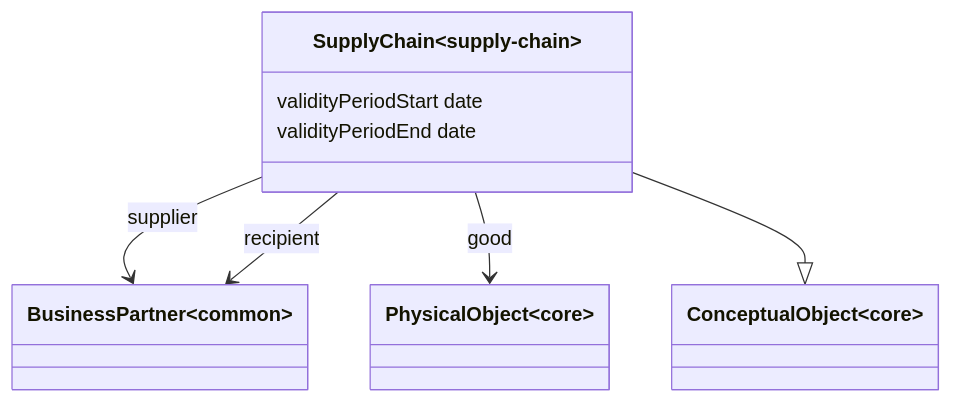
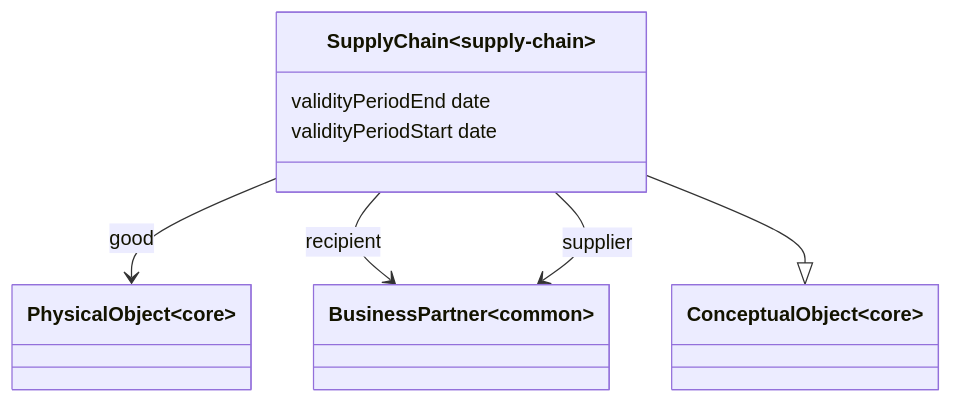
Before and after one commit to eclipse-tractusx/sldt-ontology-model: the diagram in docs/supply-chain_ontology.md, drawn with Mermaid. The commit also changed other lines of this file and 22 other files, not shown here.

````diff
--- a/docs/supply-chain_ontology.md
+++ b/docs/supply-chain_ontology.md
@@ -25,18 +25,18 @@
 ```mermaid
 classDiagram 
+   class BusinessPartner~common~{
+   } 
    class ConceptualObject~core~{
    } 
    class PhysicalObject~core~{
    } 
-   class BusinessPartner~common~{
+   class SupplyChain~supply-chain~{
+       validityPeriodEnd date
+       validityPeriodStart date
    } 
-   class SupplyChain~supply-chain~{
-       validityPeriodStart date
-       validityPeriodEnd date
-   } 
+   SupplyChain --> PhysicalObject : good
+   SupplyChain --> BusinessPartner : recipient
    SupplyChain --> BusinessPartner : supplier
-   SupplyChain --> BusinessPartner : recipient
-   SupplyChain --> PhysicalObject : good
    SupplyChain --|> ConceptualObject
 
 ```  
````
